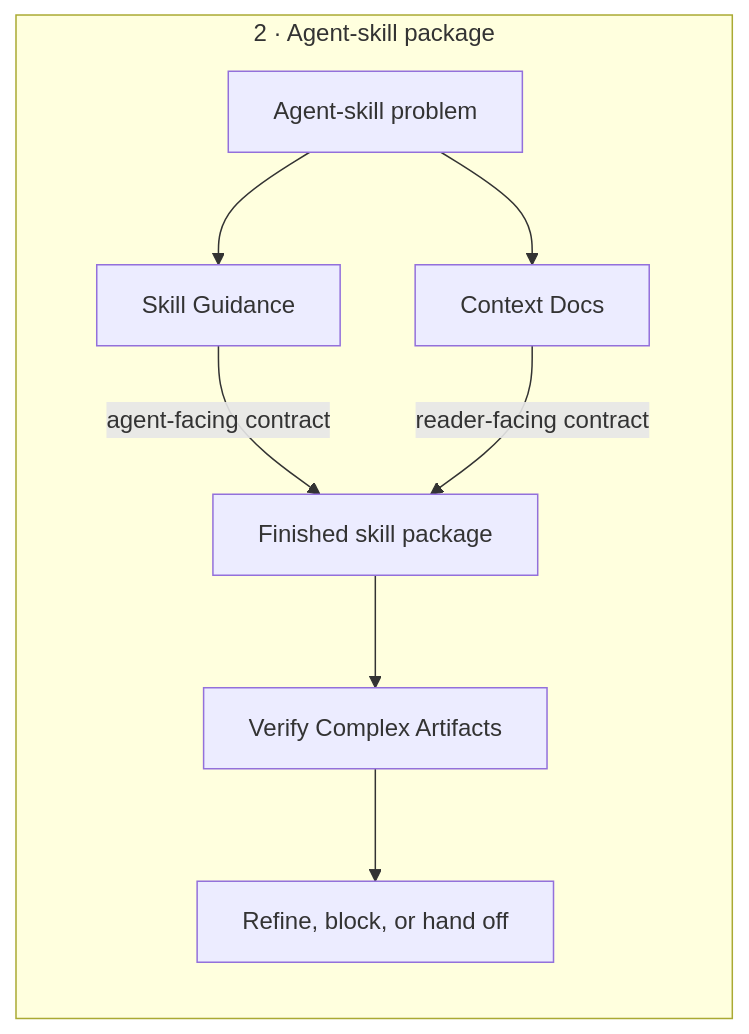
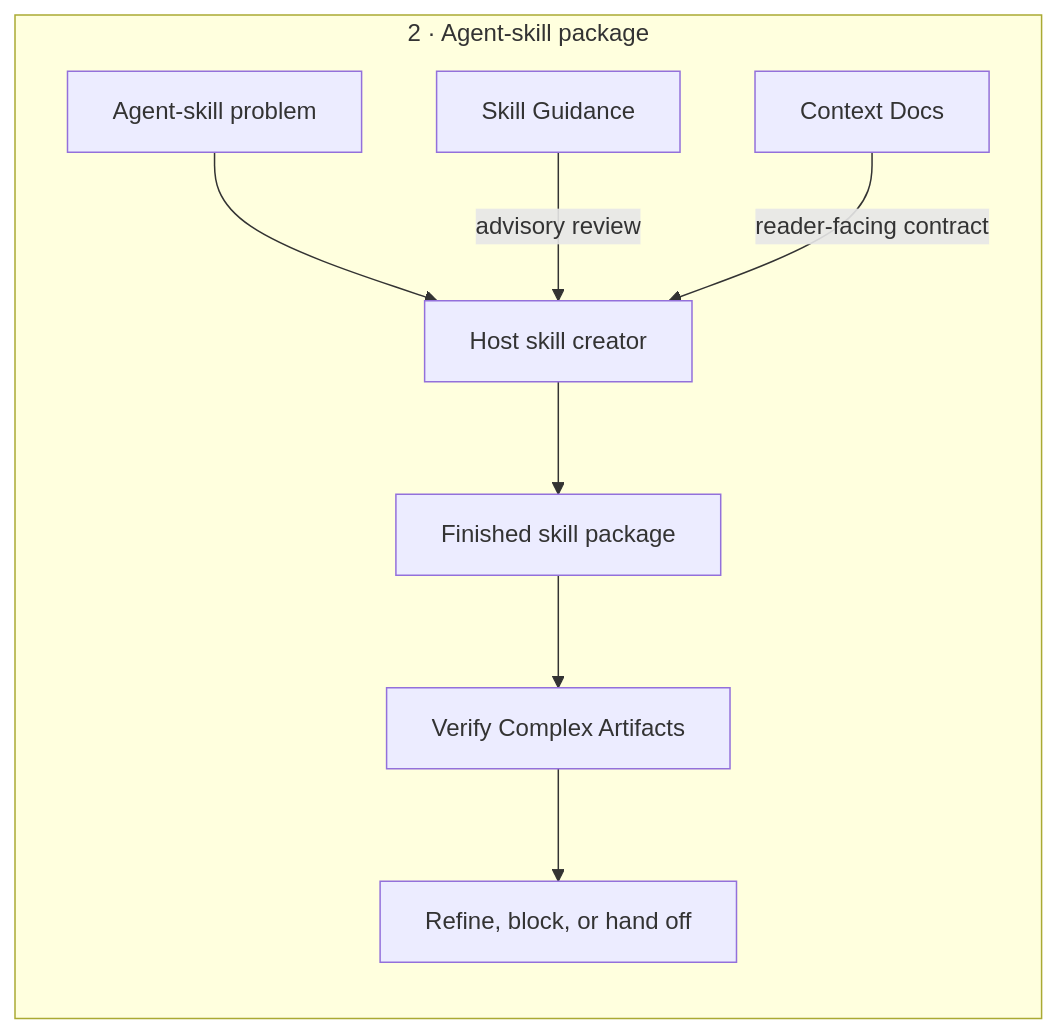
The second of 4 diagrams in README.md (theKashey/skills), drawn with Mermaid before and after one commit. The commit also changed other lines of this file and 22 other files, not shown here.

Commit message:
Refine skill documentation and routing

````diff
--- a/README.md
+++ b/README.md
@@ -89,11 +90,11 @@
 ```mermaid
 flowchart LR
     subgraph F2["2 · Agent-skill package"]
-        B1["Agent-skill problem"] --> B2["Skill Guidance"]
-        B1 --> B3["Context Docs"]
-        B2 -->|"agent-facing contract"| B4["Finished skill package"]
-        B3 -->|"reader-facing contract"| B4
-        B4 --> B5["Verify Complex Artifacts"]
-        B5 --> B6["Refine, block, or hand off"]
+        B1["Agent-skill problem"] --> B2["Host skill creator"]
+        B3["Skill Guidance"] -->|"advisory review"| B2
+        B4["Context Docs"] -->|"reader-facing contract"| B2
+        B2 --> B5["Finished skill package"]
+        B5 --> B6["Verify Complex Artifacts"]
+        B6 --> B7["Refine, block, or hand off"]
     end
 ```
````
